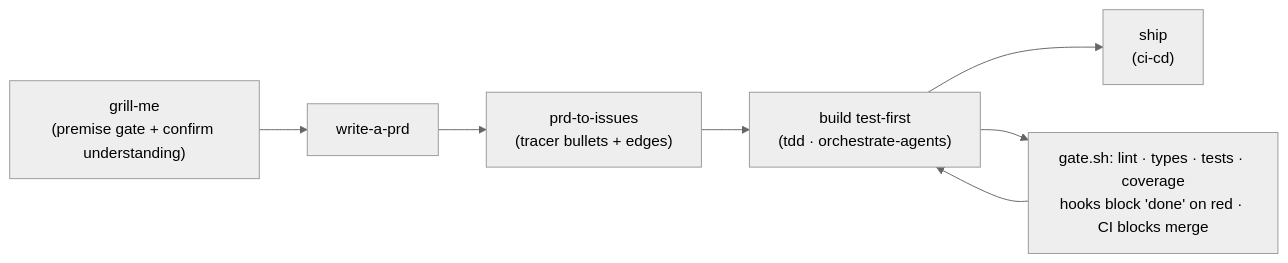
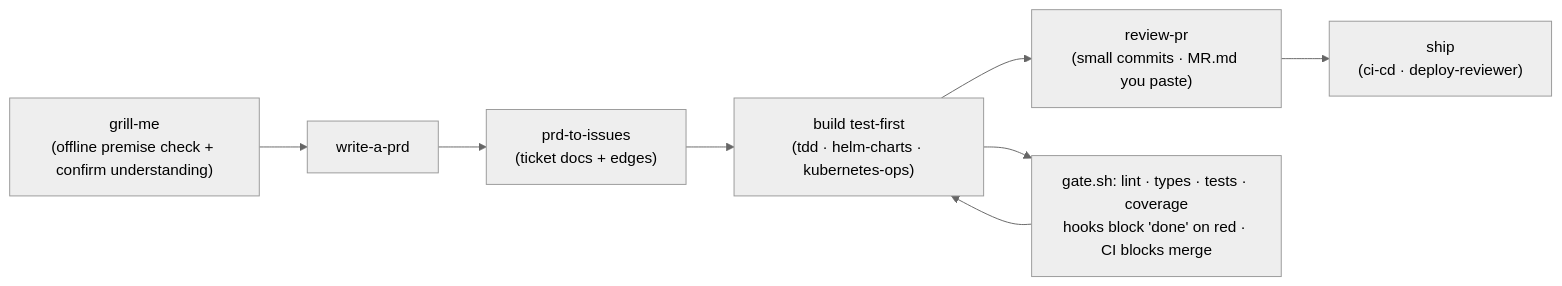
One commit to KSriki/agent-harness-template changed the diagram in README.md. Above: the diagram before and after it, drawn with Mermaid (neutral theme). The commit also changed other lines of this file and 12 other files, not shown here.

````diff
--- a/README.md
+++ b/README.md
@@ -33,6 +33,6 @@
 ```mermaid
 flowchart LR
-    G["grill-me<br/>(premise gate + confirm understanding)"] --> P["write-a-prd"] --> T["prd-to-issues<br/>(tracer bullets + edges)"] --> B["build test-first<br/>(tdd · orchestrate-agents)"] --> S["ship<br/>(ci-cd)"]
+    G["grill-me<br/>(offline premise check + confirm understanding)"] --> P["write-a-prd"] --> T["prd-to-issues<br/>(ticket docs + edges)"] --> B["build test-first<br/>(tdd · helm-charts · kubernetes-ops)"] --> R["review-pr<br/>(small commits · MR.md you paste)"] --> S["ship<br/>(ci-cd · deploy-reviewer)"]
     B --> GATE["gate.sh: lint · types · tests · coverage<br/>hooks block 'done' on red · CI blocks merge"]
     GATE --> B
 ```
````
